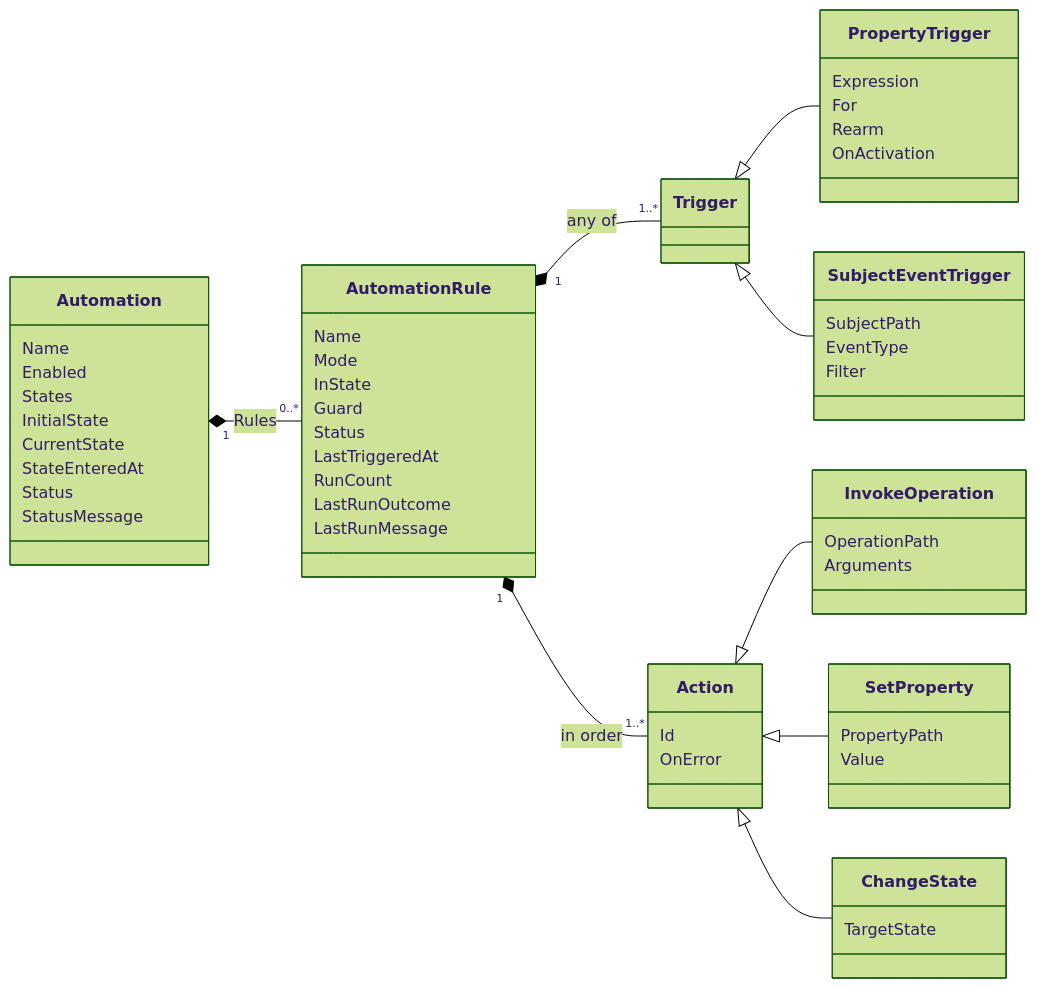
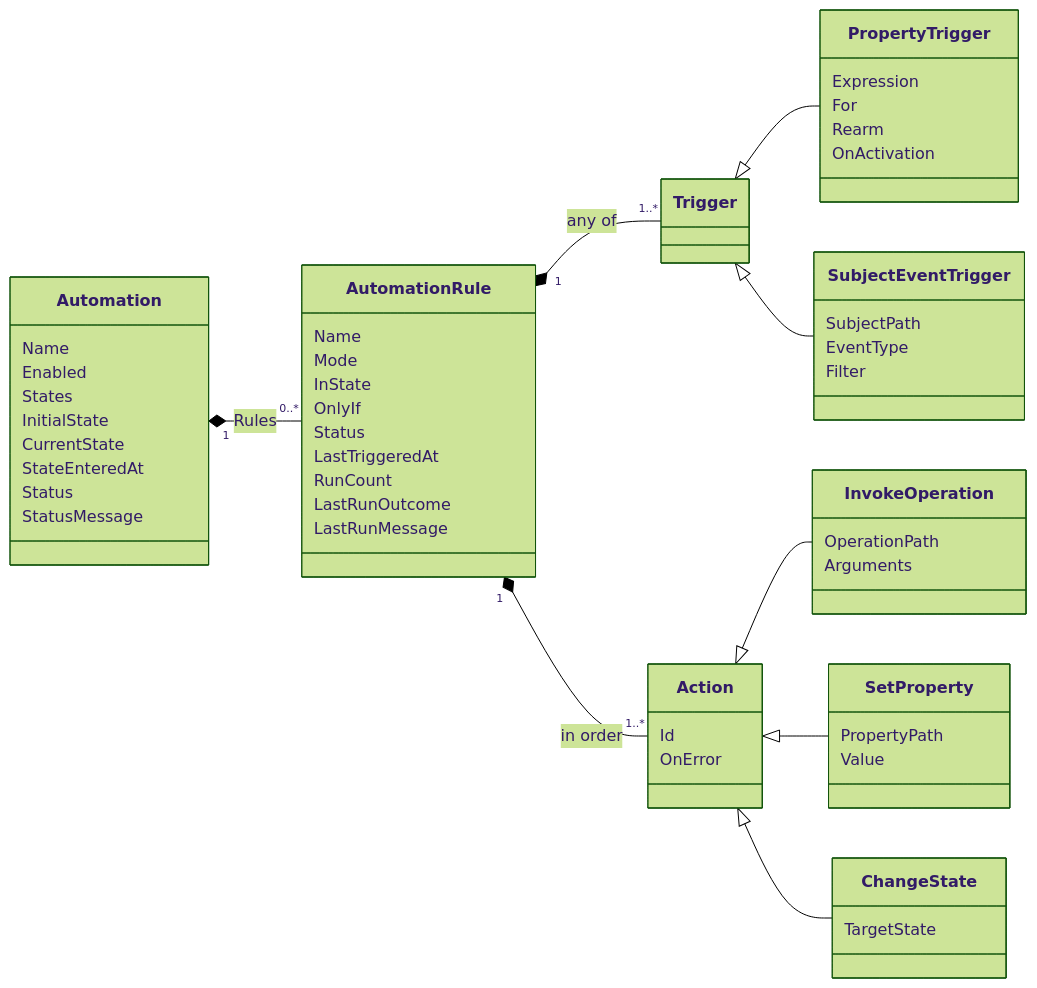
One commit to RicoSuter/Namotion.Interceptor changed the diagram in src/HomeBlaze/HomeBlaze/Data/Files/Docs/administration/automation.md. Above: the diagram before and after it, drawn with Mermaid (forest theme). The commit also changed other lines of this file, not shown here.

````diff
--- a/src/HomeBlaze/HomeBlaze/Data/Files/Docs/administration/automation.md
+++ b/src/HomeBlaze/HomeBlaze/Data/Files/Docs/administration/automation.md
@@ -27,60 +27,60 @@
 ```mermaid
 classDiagram
     direction LR
     class Automation {
         Name
         Enabled
         States
         InitialState
         CurrentState
         StateEnteredAt
         Status
         StatusMessage
     }
     class AutomationRule {
         Name
         Mode
         InState
-        Guard
+        OnlyIf
         Status
         LastTriggeredAt
         RunCount
         LastRunOutcome
         LastRunMessage
     }
     class Trigger
     class PropertyTrigger {
         Expression
         For
         Rearm
         OnActivation
     }
     class SubjectEventTrigger {
         SubjectPath
         EventType
         Filter
     }
     class Action {
         Id
         OnError
     }
     class InvokeOperation {
         OperationPath
         Arguments
     }
     class SetProperty {
         PropertyPath
         Value
     }
     class ChangeState {
         TargetState
     }
     Automation "1" *-- "0..*" AutomationRule : Rules
     AutomationRule "1" *-- "1..*" Trigger : any of
     AutomationRule "1" *-- "1..*" Action : in order
     Trigger <|-- PropertyTrigger
     Trigger <|-- SubjectEventTrigger
     Action <|-- InvokeOperation
     Action <|-- SetProperty
     Action <|-- ChangeState
 ```
````
